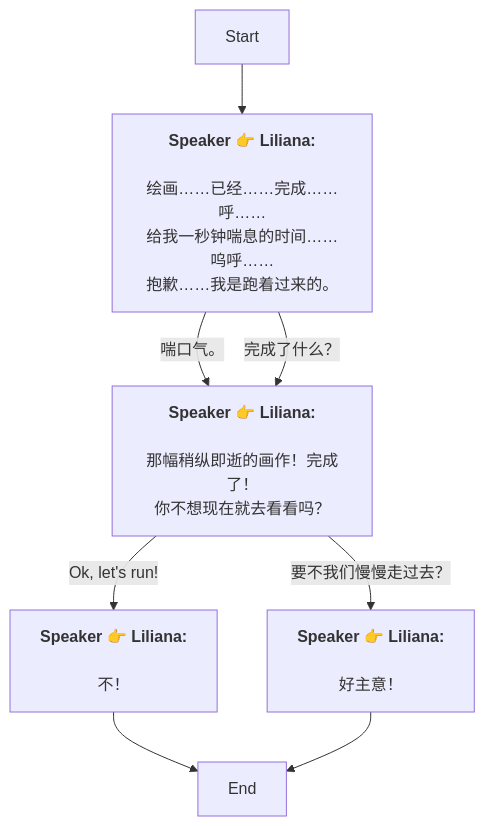
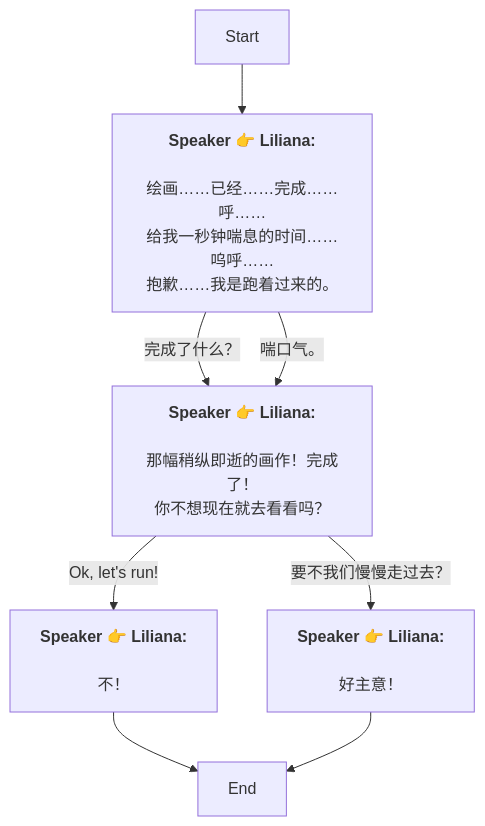
The diagram in Zh/Dialog_55278110975399.md (SoftHu/tos_avg), drawn with Mermaid before and after one commit. The commit also changed other lines of this file and 780 other files, not shown here.

````diff
--- a/Zh/Dialog_55278110975399.md
+++ b/Zh/Dialog_55278110975399.md
@@ -1,18 +1,18 @@
 ```mermaid
 graph
 Start -->1768899598101500[<b>Speaker 👉 Liliana:</b>
 \n绘画……已经……完成……呼……\n给我一秒钟喘息的时间……呜呼……\n抱歉……我是跑着过来的。]
+1768899598101500 -->|完成了什么？|1768899650147331[<b>Speaker 👉 Liliana:</b>
+\n那幅稍纵即逝的画作！完成了！
+你不想现在就去看看吗？]
 1768899598101500 -->|喘口气。|1768899650147331[<b>Speaker 👉 Liliana:</b>
 \n那幅稍纵即逝的画作！完成了！
 你不想现在就去看看吗？]
-1768899598101500 -->|完成了什么？|1768899650147331[<b>Speaker 👉 Liliana:</b>
-\n那幅稍纵即逝的画作！完成了！
-你不想现在就去看看吗？]
+1768899650147331 -->|要不我们慢慢走过去？|1768899904642064[<b>Speaker 👉 Liliana:</b>
+\n好主意！]
 1768899650147331 -->|Ok, let's run!|1768899899401231[<b>Speaker 👉 Liliana:</b>
 \n不！]
-1768899650147331 -->|要不我们慢慢走过去？|1768899904642064[<b>Speaker 👉 Liliana:</b>
-\n好主意！]
 1768899899401231 -->1768899592828923[End]
 1768899904642064 -->1768899592828923[End]
 
 ```
````
